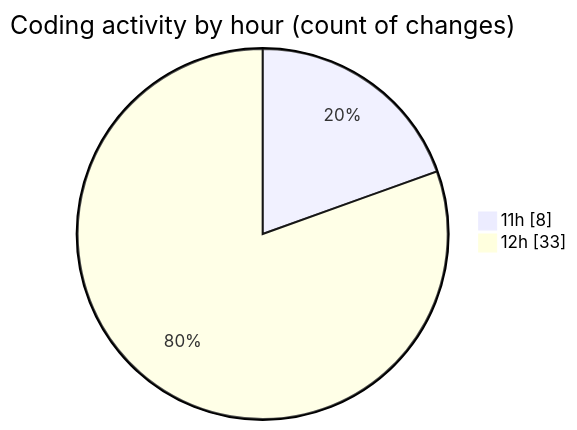
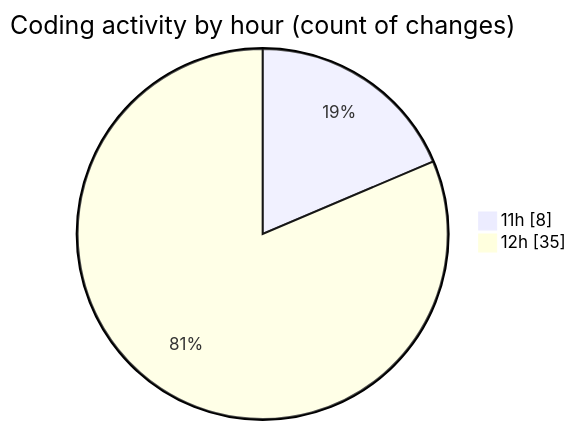
The second of 2 diagrams in 2025-05-04/project/README.md (BS-eng2023/code-tracking), drawn with Mermaid before and after one commit. The commit also changed other lines of this file and 1 other file, not shown here.

````diff
--- a/2025-05-04/project/README.md
+++ b/2025-05-04/project/README.md
@@ -46,6 +46,6 @@
 ```mermaid
 pie showData
 title Coding activity by hour (count of changes)
 "11h" : 8
-"12h" : 33
+"12h" : 35
 ```
````
